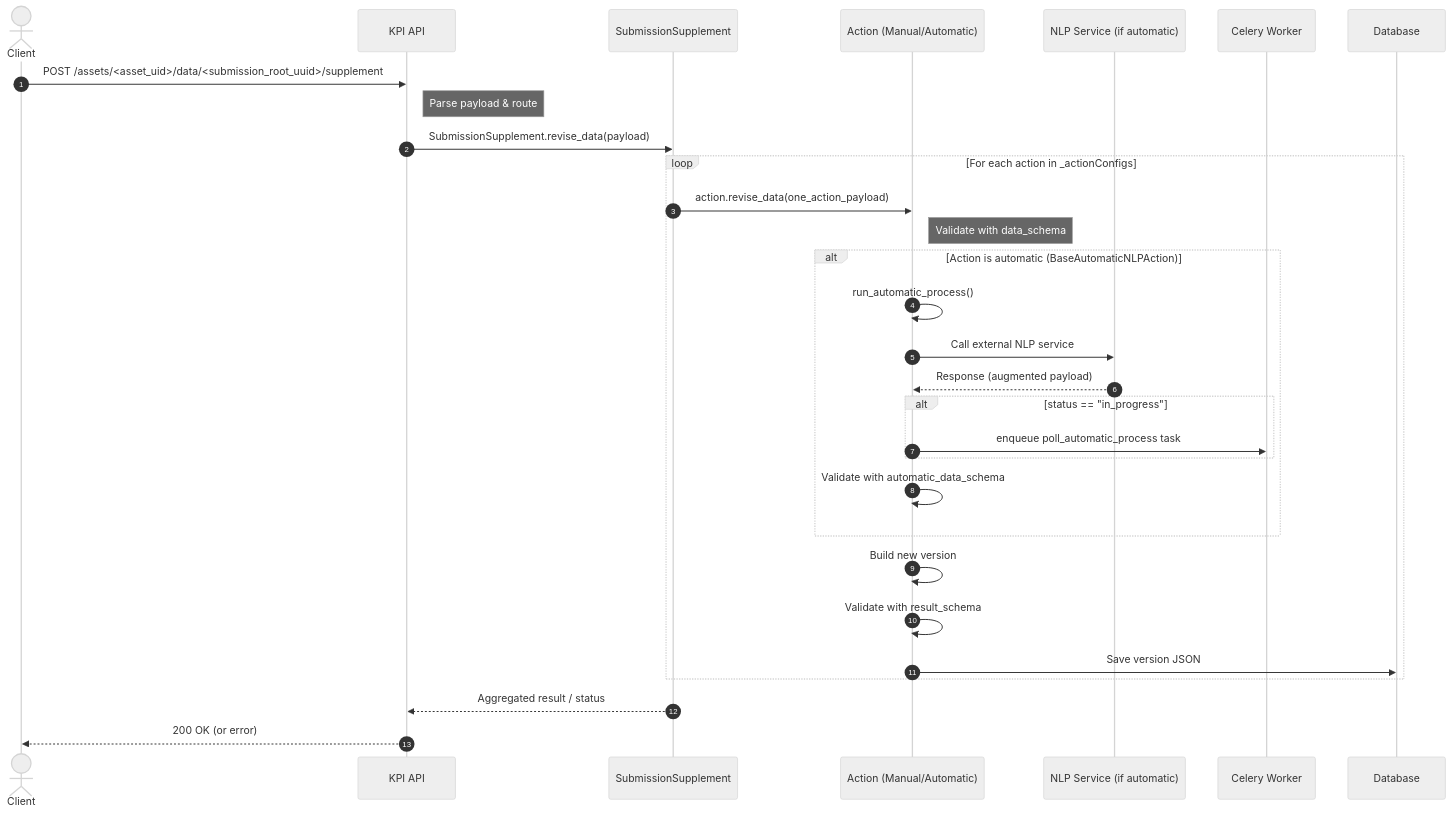
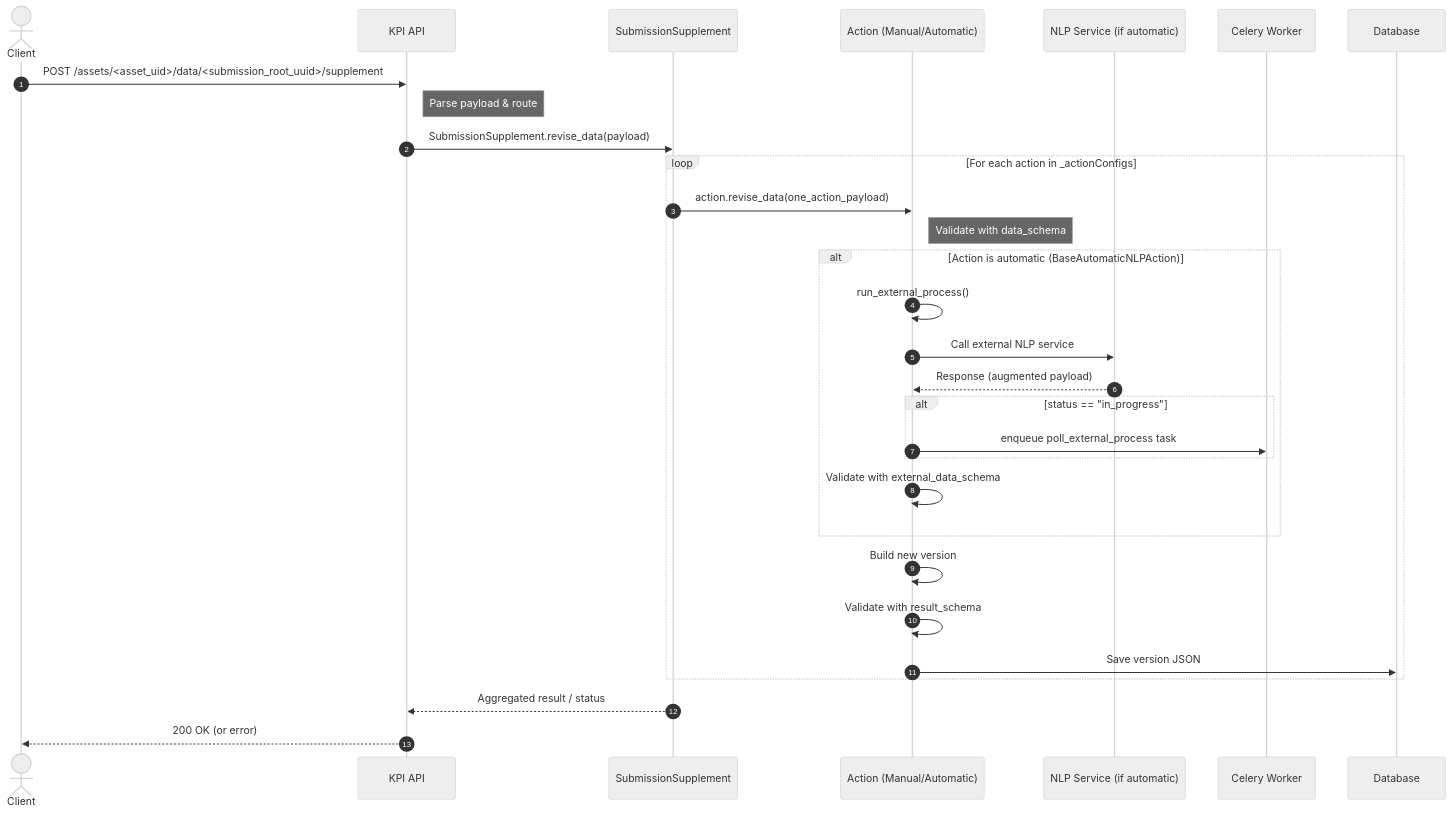
Before and after one commit to kobotoolbox/kpi: the second of 3 diagrams in kobo/apps/subsequences/README.md, drawn with Mermaid (neutral theme). The commit also changed other lines of this file and 4 other files, not shown here.

````diff
--- a/kobo/apps/subsequences/README.md
+++ b/kobo/apps/subsequences/README.md
@@ -169,38 +169,38 @@
 ```mermaid
 sequenceDiagram
 autonumber
 actor Client
 participant API as KPI API
 participant SS as SubmissionSupplement
 participant Action as Action (Manual/Automatic)
 participant Ext as NLP Service (if automatic)
 participant Celery as Celery Worker
 participant DB as Database
 
 Client->>API: POST /assets/<asset_uid>/data/<submission_root_uuid>/supplement
 Note right of API: Parse payload & route
 
 API->>SS: SubmissionSupplement.revise_data(payload)
 
 loop For each action in _actionConfigs
   SS->>Action: action.revise_data(one_action_payload)
   Note right of Action: Validate with data_schema
 
   alt Action is automatic (BaseAutomaticNLPAction)
-    Action->>Action: run_automatic_process()
+    Action->>Action: run_external_process()
     Action->>Ext: Call external NLP service
     Ext-->>Action: Response (augmented payload)
     alt status == "in_progress"
-      Action->>Celery: enqueue poll_automatic_process task
+      Action->>Celery: enqueue poll_external_process task
     end
-    Action->>Action: Validate with automatic_data_schema
+    Action->>Action: Validate with external_data_schema
   end
 
   Action->>Action: Build new version
   Action->>Action: Validate with result_schema
   Action->>DB: Save version JSON
 end
 
 SS-->>API: Aggregated result / status
 API-->>Client: 200 OK (or error)
 ```
````
